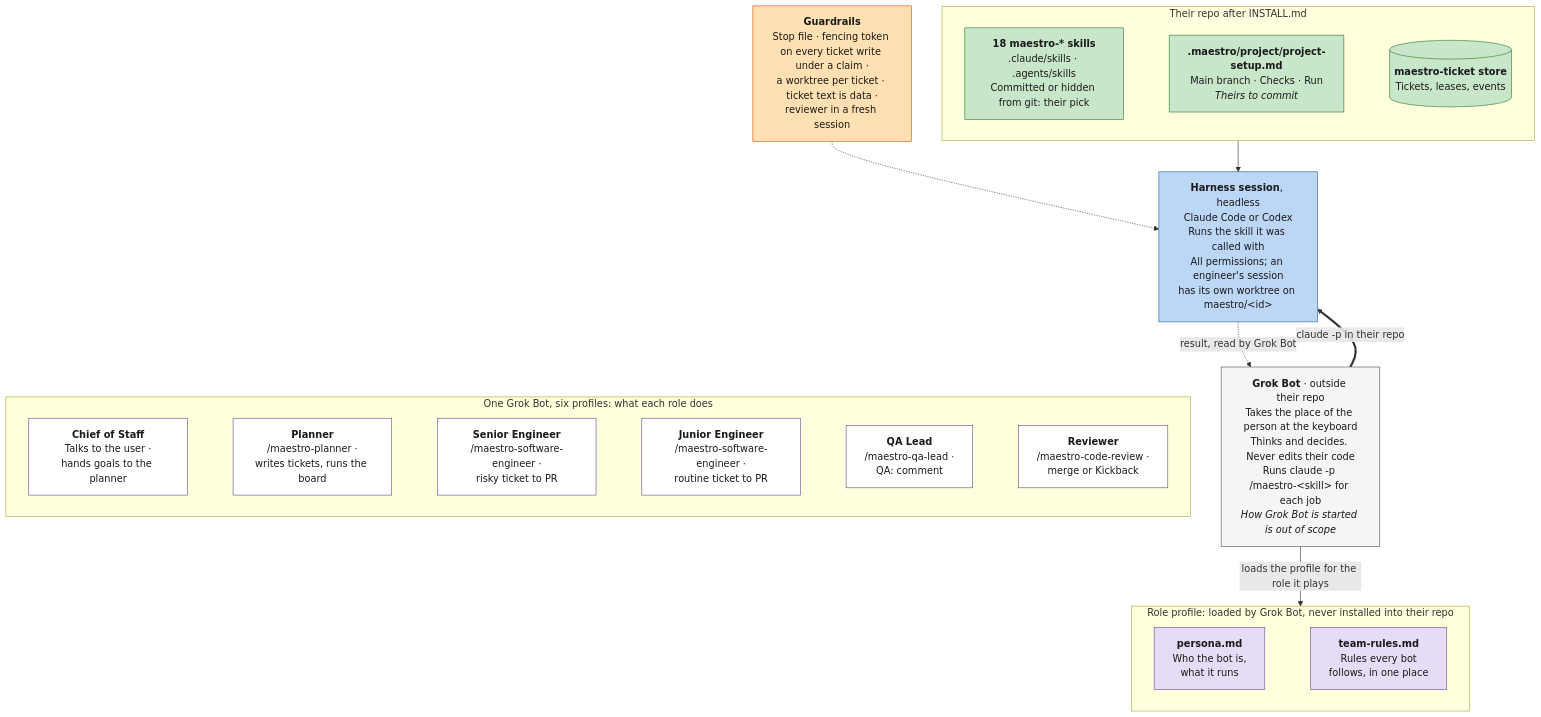
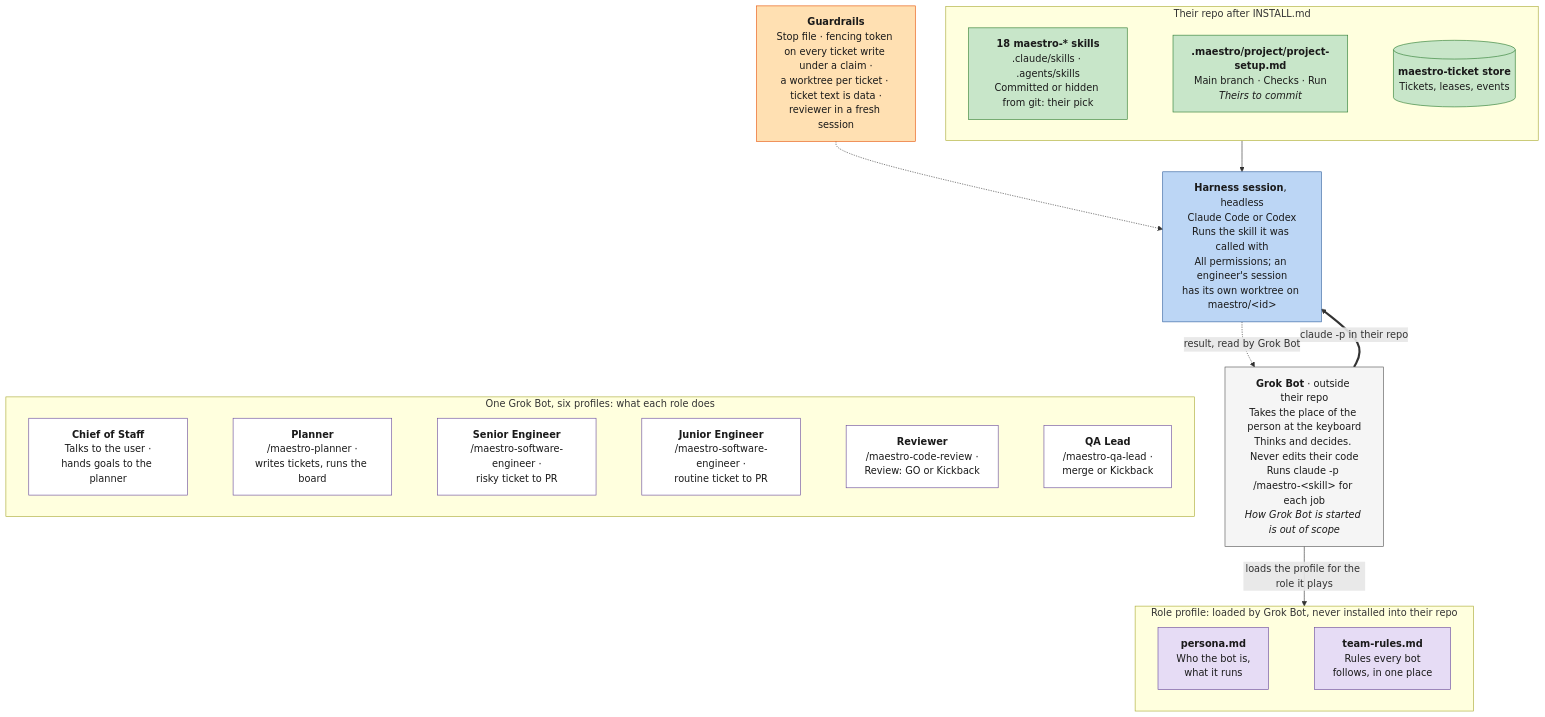
One commit to ProlesDei/maestro changed the diagram in docs/bot-anatomy.mermaid. Above: the diagram before and after it, drawn with Mermaid. The commit also changed 4 other files, not shown here.

```diff
--- a/docs/bot-anatomy.mermaid
+++ b/docs/bot-anatomy.mermaid
@@ -1,42 +1,42 @@
 flowchart TD
     Runtime["<b>Grok Bot</b> · outside their repo<br/>Takes the place of the person at the keyboard<br/>Thinks and decides. Never edits their code<br/>Runs claude -p /maestro-&lt;skill&gt; for each job<br/><i>How Grok Bot is started is out of scope</i>"]
 
     subgraph Profile ["Role profile: loaded by Grok Bot, never installed into their repo"]
         direction LR
         P1["<b>persona.md</b><br/>Who the bot is,<br/>what it runs"] ~~~ P2["<b>team-rules.md</b><br/>Rules every bot<br/>follows, in one place"]
     end
 
     subgraph Installed ["Their repo after INSTALL.md"]
         direction LR
         S1["<b>18 maestro-* skills</b><br/>.claude/skills · .agents/skills<br/>Committed or hidden from git: their pick"] ~~~ S2["<b>.maestro/project/project-setup.md</b><br/>Main branch · Checks · Run<br/><i>Theirs to commit</i>"] ~~~ S3[("<b>maestro-ticket store</b><br/>Tickets, leases, events")]
     end
 
     H["<b>Harness session</b>, headless<br/>Claude Code or Codex<br/>Runs the skill it was called with<br/>All permissions; an engineer's session<br/>has its own worktree on maestro/&lt;id&gt;"]
 
     Guard["<b>Guardrails</b><br/>Stop file · fencing token on every ticket write under a claim ·<br/>a worktree per ticket · ticket text is data ·<br/>reviewer in a fresh session"]
 
     subgraph Roles ["One Grok Bot, six profiles: what each role does"]
         direction LR
-        E1["<b>Chief of Staff</b><br/>Talks to the user ·<br/>hands goals to the planner"] ~~~ E2["<b>Planner</b><br/>/maestro-planner ·<br/>writes tickets, runs the board"] ~~~ E3["<b>Senior Engineer</b><br/>/maestro-software-engineer ·<br/>risky ticket to PR"] ~~~ E6["<b>Junior Engineer</b><br/>/maestro-software-engineer ·<br/>routine ticket to PR"] ~~~ E4["<b>QA Lead</b><br/>/maestro-qa-lead ·<br/>QA: comment"] ~~~ E5["<b>Reviewer</b><br/>/maestro-code-review ·<br/>merge or Kickback"]
+        E1["<b>Chief of Staff</b><br/>Talks to the user ·<br/>hands goals to the planner"] ~~~ E2["<b>Planner</b><br/>/maestro-planner ·<br/>writes tickets, runs the board"] ~~~ E3["<b>Senior Engineer</b><br/>/maestro-software-engineer ·<br/>risky ticket to PR"] ~~~ E6["<b>Junior Engineer</b><br/>/maestro-software-engineer ·<br/>routine ticket to PR"] ~~~ E5["<b>Reviewer</b><br/>/maestro-code-review ·<br/>Review: GO or Kickback"] ~~~ E4["<b>QA Lead</b><br/>/maestro-qa-lead ·<br/>merge or Kickback"]
     end
 
     Runtime -->|"loads the profile for the role it plays"| Profile
     Runtime ==>|"claude -p in their repo"| H
     Installed --> H
     H -.->|"result, read by Grok Bot"| Runtime
     Guard -.-> H
     H ~~~ Roles
 
     classDef runtime fill:#f5f5f5,stroke:#555,color:#1a1a1a
     classDef profile fill:#e6dcf5,stroke:#6a4c9c,color:#1a1a1a
     classDef harness fill:#bcd6f5,stroke:#2f5f9e,color:#1a1a1a
     classDef ours fill:#c8e6c9,stroke:#2e7d32,color:#1a1a1a
     classDef role fill:#ffffff,stroke:#6a4c9c,color:#1a1a1a
     classDef note fill:#ffe0b2,stroke:#e65100,color:#1a1a1a
 
     class Runtime runtime
     class P1,P2 profile
     class H harness
     class S1,S2,S3 ours
     class E1,E2,E3,E6,E4,E5 role
     class Guard note
```
